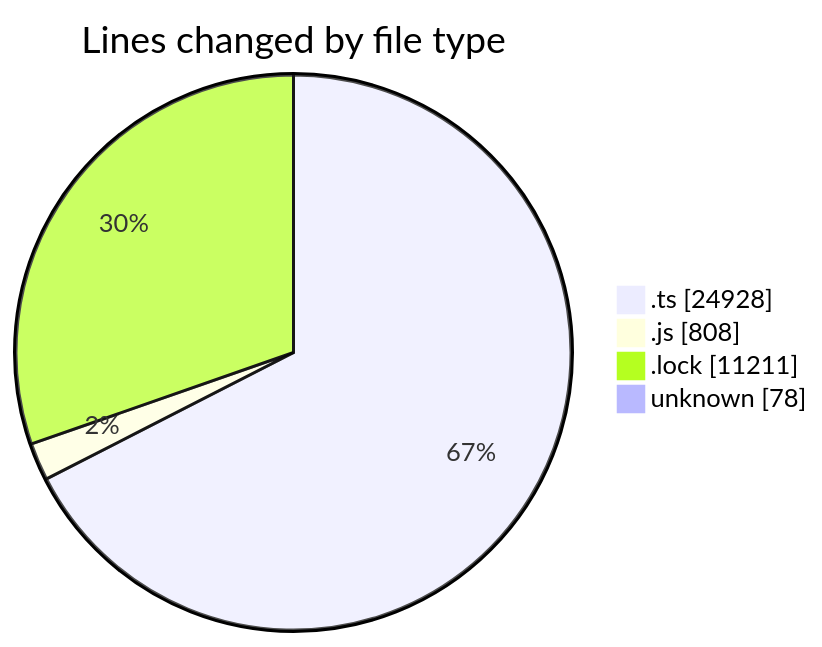
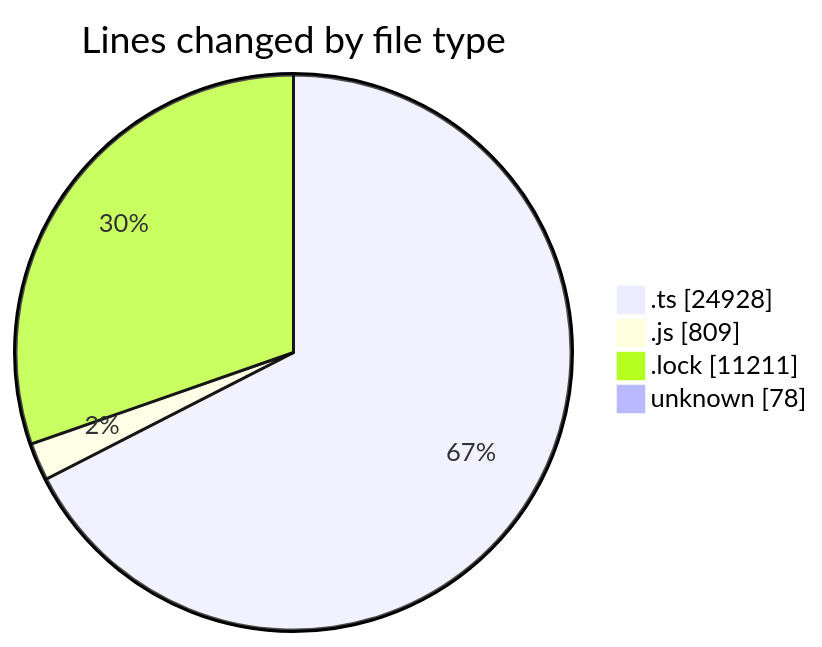
One commit to momahboobian/code-tracking changed the first of 2 diagrams in 2025-05-20/cda/README.md. Above: the diagram before and after it, drawn with Mermaid. The commit also changed other lines of this file and 1 other file, not shown here.

````diff
--- a/2025-05-20/cda/README.md
+++ b/2025-05-20/cda/README.md
@@ -36,8 +36,8 @@
 ```mermaid
 pie showData
 title Lines changed by file type
 ".ts" : 24928
-".js" : 808
+".js" : 809
 ".lock" : 11211
 "unknown" : 78
 ```
````
